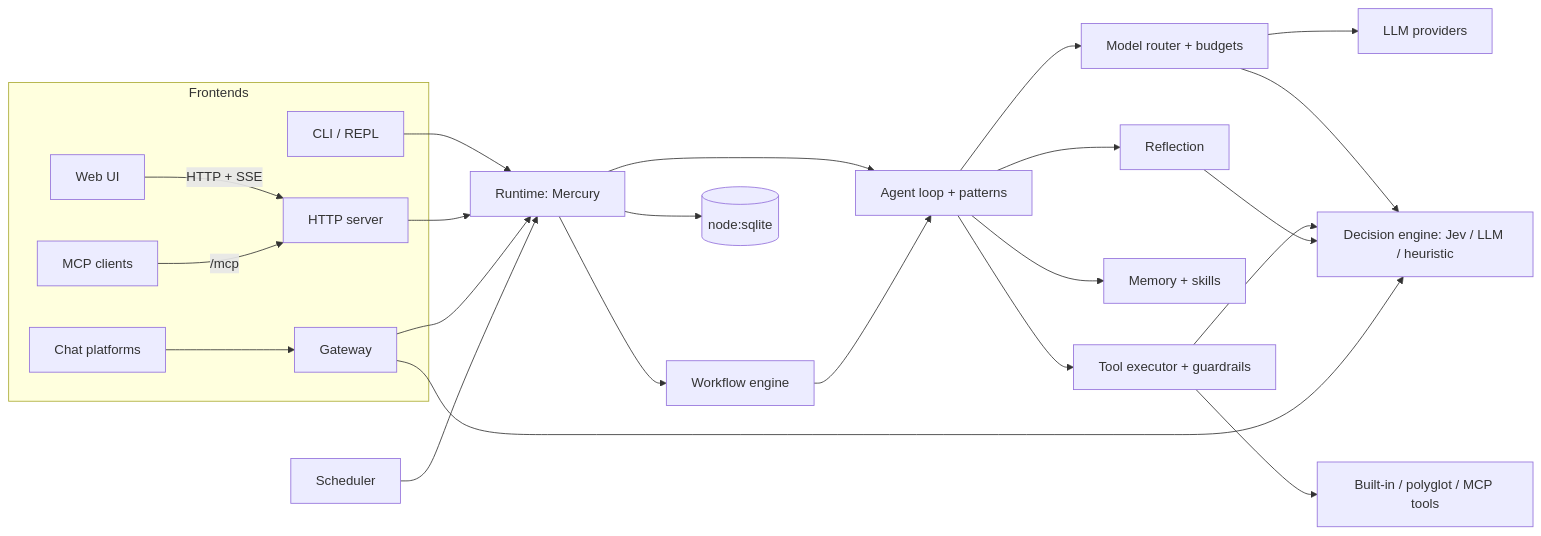
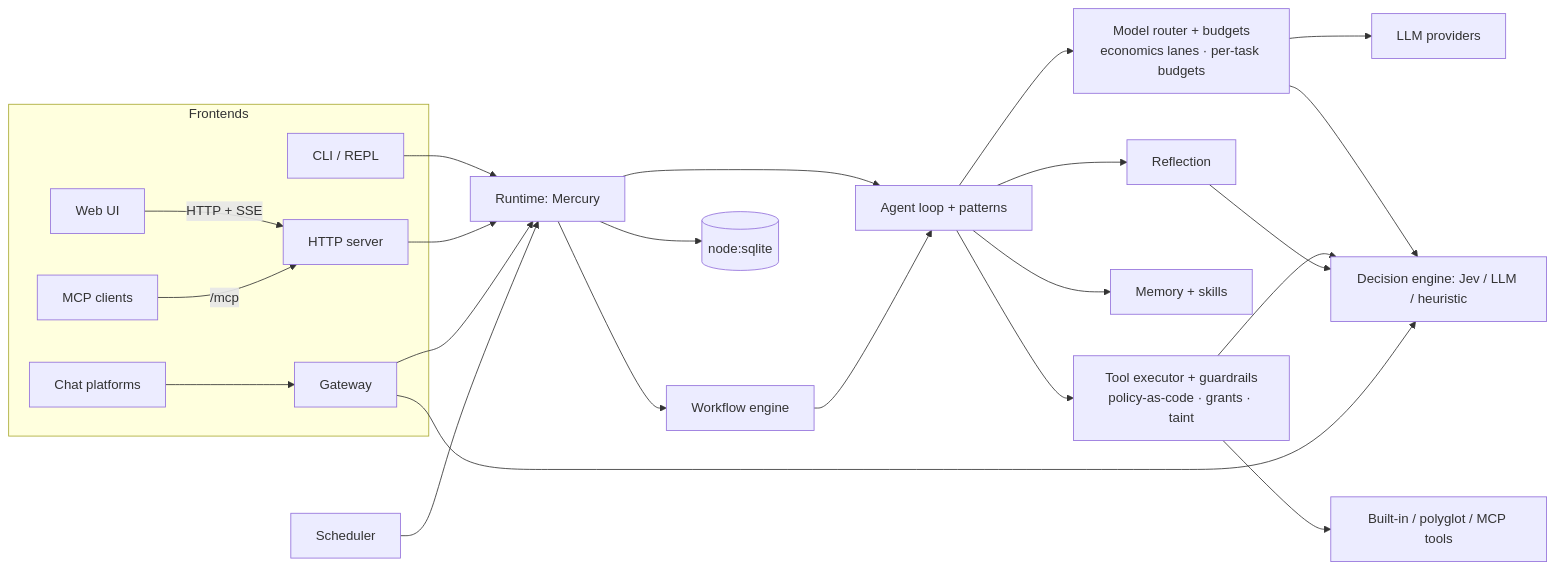
Before and after one commit to ms1963/mercury_agent: the diagram in README.md, drawn with Mermaid. The commit also changed other lines of this file and 24 other files, not shown here.

````diff
--- a/README.md
+++ b/README.md
@@ -123,21 +125,21 @@
 ```mermaid
 flowchart LR
   subgraph Frontends
     CLI[CLI / REPL]
     WEB[Web UI] -->|HTTP + SSE| SRV[HTTP server]
     CHAT[Chat platforms] --> GW[Gateway]
     MCPC[MCP clients] -->|/mcp| SRV
   end
   CLI --> RT
   SRV --> RT[Runtime: Mercury]
   GW --> RT
   SCH[Scheduler] --> RT
   RT --> AG[Agent loop + patterns]
   RT --> WF[Workflow engine] --> AG
-  AG --> RTR[Model router + budgets] --> LLM[LLM providers]
-  AG --> TX[Tool executor + guardrails] --> TOOLS[Built-in / polyglot / MCP tools]
+  AG --> RTR[Model router + budgets<br/>economics lanes · per-task budgets] --> LLM[LLM providers]
+  AG --> TX[Tool executor + guardrails<br/>policy-as-code · grants · taint] --> TOOLS[Built-in / polyglot / MCP tools]
   AG --> MEM[Memory + skills]
   AG --> REF[Reflection]
   RTR & TX & REF & GW --> DEC[Decision engine: Jev / LLM / heuristic]
   RT --> DB[(node:sqlite)]
 ```
````
